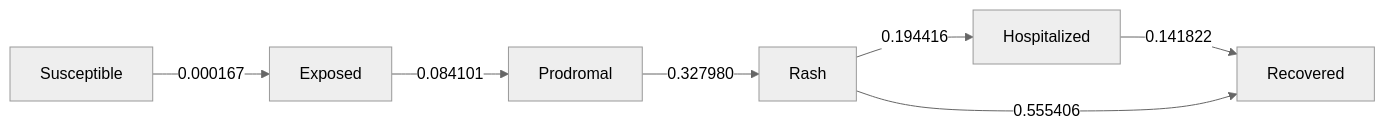
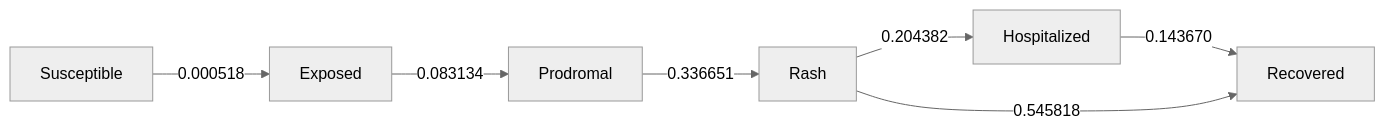
One commit to EpiForeSITE/epiworld-measles changed the diagram in scenarios/new_bridge_88/README.md. Above: the diagram before and after it, drawn with Mermaid (neutral theme). The commit also changed other lines of this file and 34 other files, not shown here.

````diff
--- a/scenarios/new_bridge_88/README.md
+++ b/scenarios/new_bridge_88/README.md
@@ -103,16 +104,16 @@
 ``` mermaid
 flowchart LR
     s0[Exposed]
     s1[Hospitalized]
     s2[Prodromal]
     s3[Rash]
     s4[Recovered]
     s5[Susceptible]
-    s0 -->|0.084101| s2
-    s1 -->|0.141822| s4
-    s2 -->|0.327980| s3
-    s3 -->|0.194416| s1
-    s3 -->|0.555406| s4
-    s5 -->|0.000167| s0
+    s0 -->|0.083134| s2
+    s1 -->|0.143670| s4
+    s2 -->|0.336651| s3
+    s3 -->|0.204382| s1
+    s3 -->|0.545818| s4
+    s5 -->|0.000518| s0
 
 ```
````
